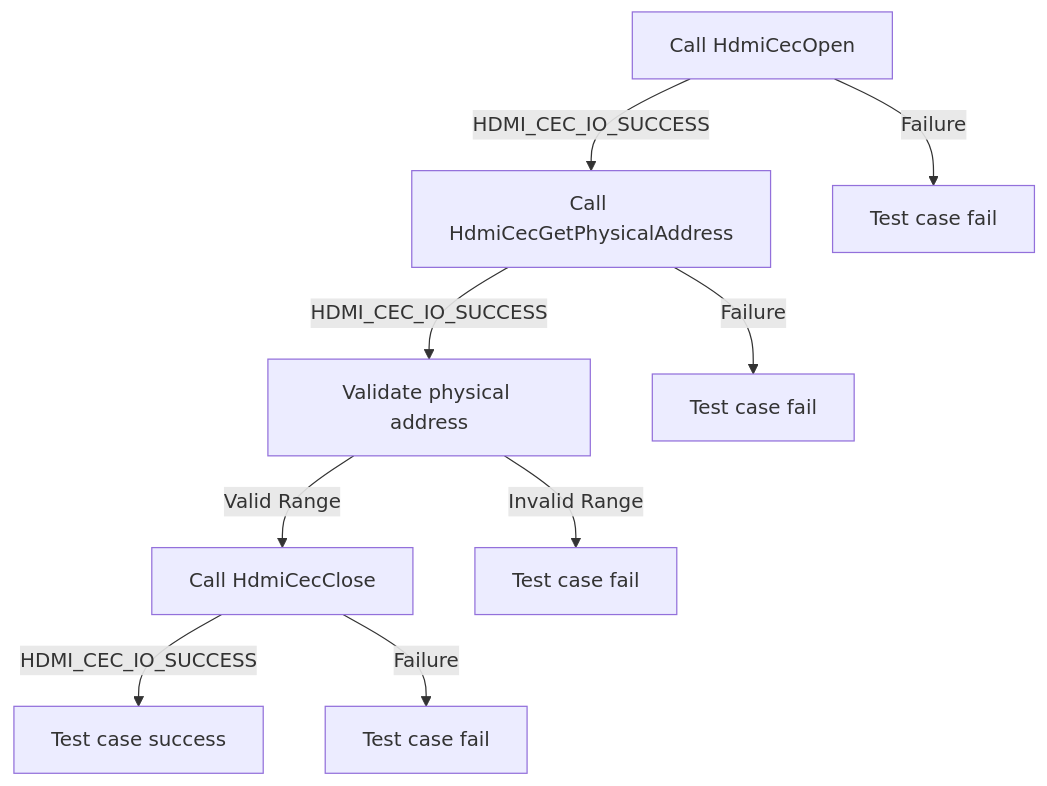
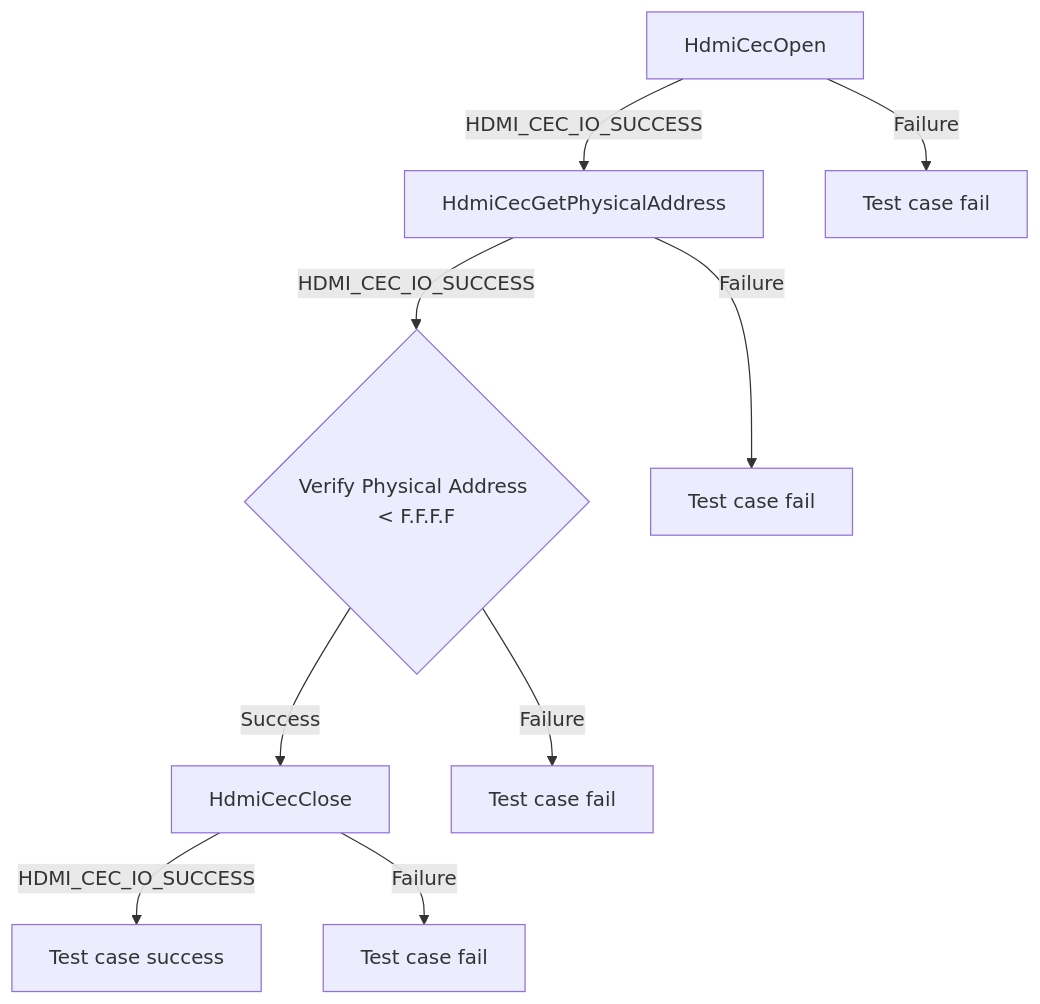
Before and after one commit to rdkcentral/rdk-halif-test-hdmi_cec: the fifth of 6 diagrams in docs/pages/l2_hdmi_cec_driver_test_specification.md, drawn with Mermaid. The commit also changed other lines of this file and 4 other files, not shown here.

Commit message:
L2 Tests for HDMI CEC Generate L2 tests for the updated  HL spec and Interface file

````diff
--- a/docs/pages/l2_hdmi_cec_driver_test_specification.md
+++ b/docs/pages/l2_hdmi_cec_driver_test_specification.md
@@ -258,11 +261,11 @@
 ```mermaid
 graph TB
-A[Call HdmiCecOpen] -->|HDMI_CEC_IO_SUCCESS| B[Call HdmiCecGetPhysicalAddress]
-A -->|Failure| A1[Test case fail]
-B -->|HDMI_CEC_IO_SUCCESS| C[Validate physical address]
+A[HdmiCecOpen] -->|HDMI_CEC_IO_SUCCESS| B[HdmiCecGetPhysicalAddress]
+B -->|HDMI_CEC_IO_SUCCESS| C{Verify Physical Address < F.F.F.F}
 B -->|Failure| B1[Test case fail]
-C -->|Valid Range| D[Call HdmiCecClose]
-C -->|Invalid Range| C1[Test case fail]
+C -->|Success| D[HdmiCecClose]
+C -->|Failure| C1[Test case fail]
 D -->|HDMI_CEC_IO_SUCCESS| E[Test case success]
 D -->|Failure| D1[Test case fail]
+A -->|Failure| A1[Test case fail]
 ```
````
